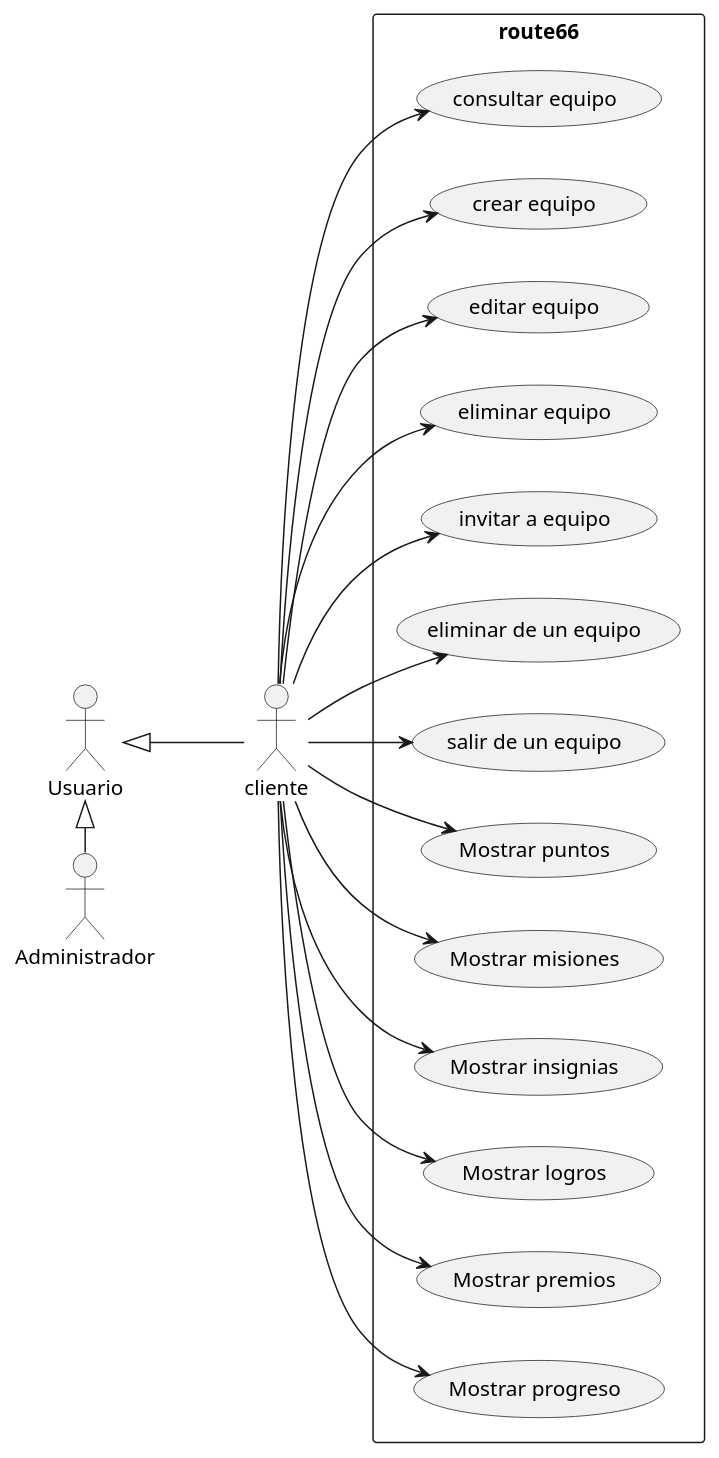
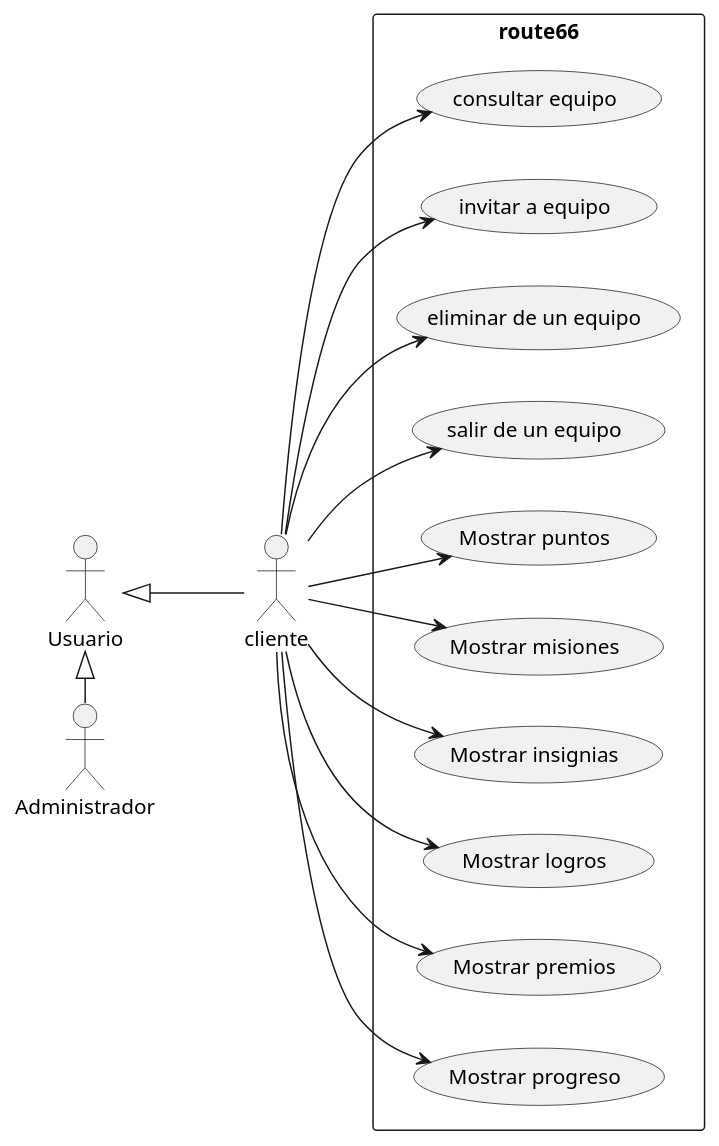
One commit to Cramer-0xbit/route66-plantuml changed the diagram in usecases3.wsd. Above: the diagram before and after it, drawn with PlantUML. The commit also changed 16 other files, not shown here.

```diff
--- a/usecases3.wsd
+++ b/usecases3.wsd
@@ -1,24 +1,21 @@
-@startuml use cases
+@startuml use cases cliente
 left to right direction
 skinparam packageStyle rectangle
 :Usuario: as user
 :cliente: as client
 :Administrador: as admin
 user<|--client 
 user<|- admin
 rectangle route66 {
 client --> (consultar equipo)
-client --> (crear equipo)
-client --> (editar equipo)
-client --> (eliminar equipo)
 client --> (invitar a equipo)
 client --> (eliminar de un equipo)
 client --> (salir de un equipo)
 client--> (Mostrar puntos)
 client--> (Mostrar misiones)
 client --> (Mostrar insignias)
 client --> (Mostrar logros)
 client --> (Mostrar premios)
 client --> (Mostrar progreso)
 }
 @enduml
```
